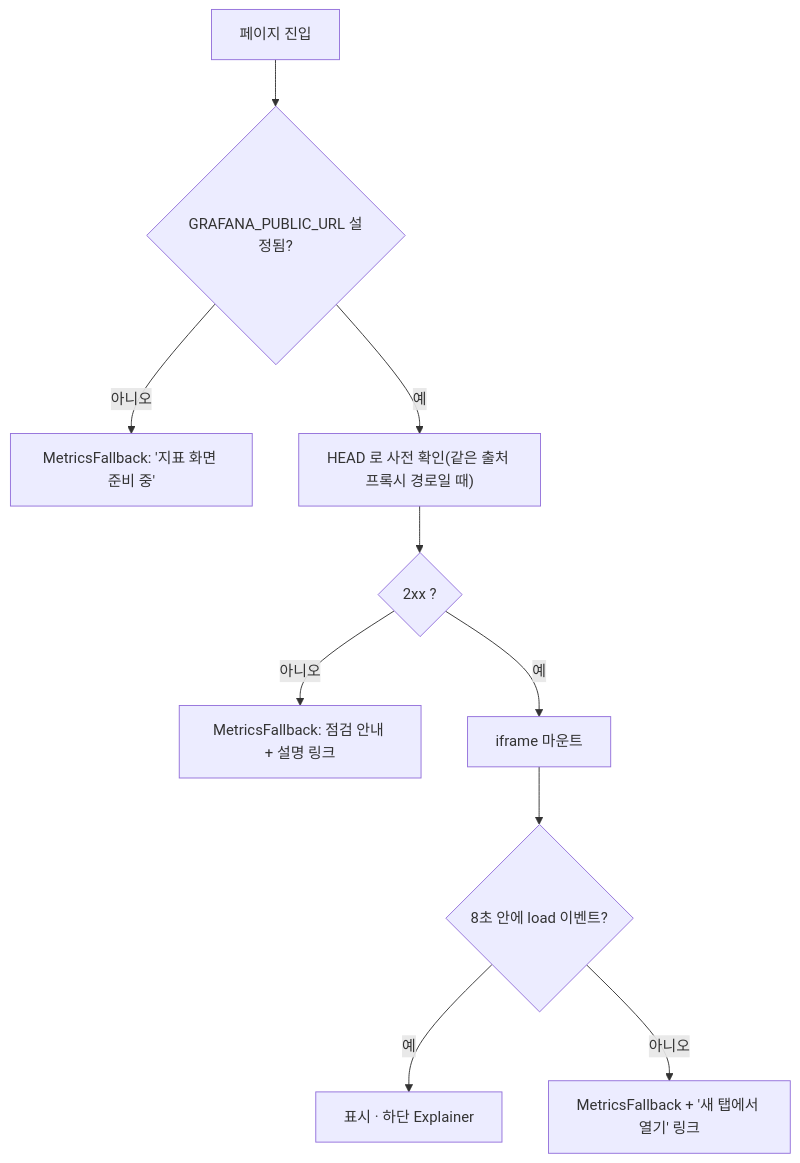
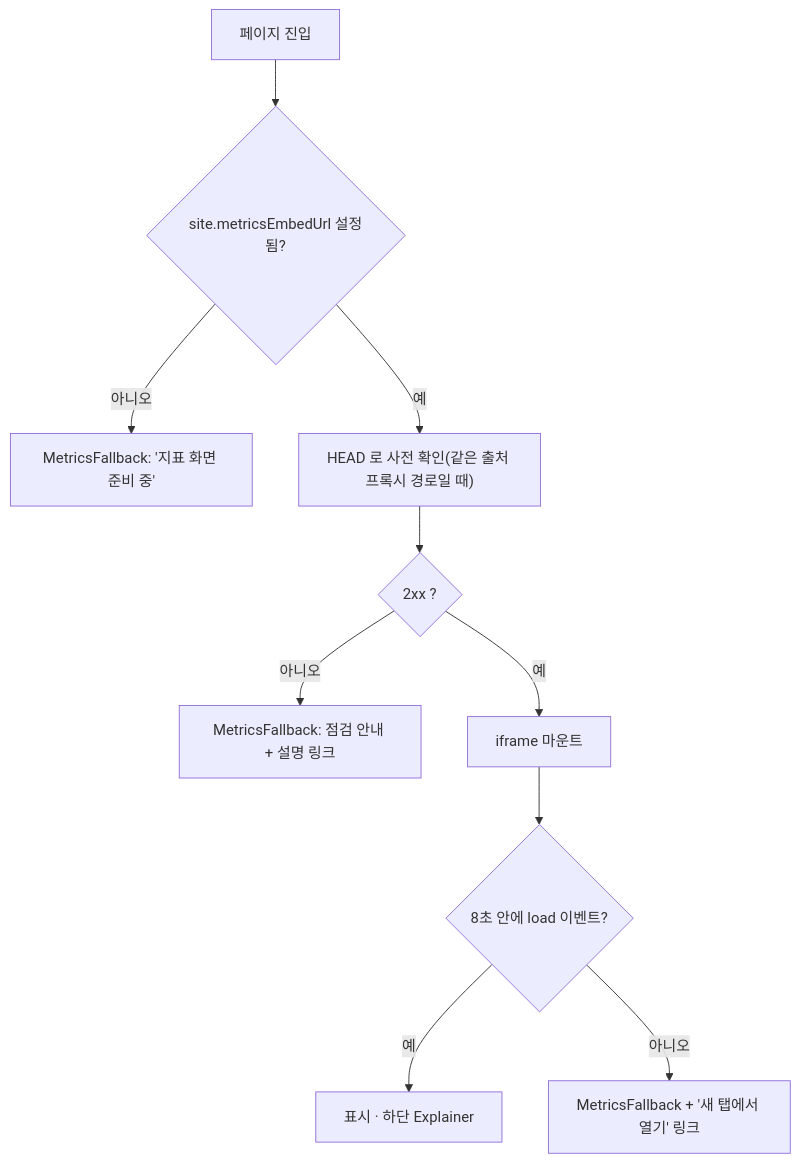
Diagram 27 of 43 in docs/design/features/15-web.md (1985jwlee/portpolio_backend), drawn with Mermaid before and after one commit. The commit also changed other lines of this file and 33 other files, not shown here.

````diff
--- a/docs/design/features/15-web.md
+++ b/docs/design/features/15-web.md
@@ -1044,12 +1047,12 @@
 ```mermaid
 flowchart TD
-    M["페이지 진입"] --> CFG{"GRAFANA_PUBLIC_URL 설정됨?"}
+    M["페이지 진입"] --> CFG{"site.metricsEmbedUrl 설정됨?"}
     CFG -- "아니오" --> FB1["MetricsFallback: '지표 화면 준비 중'"]
     CFG -- "예" --> PRB["HEAD 로 사전 확인(같은 출처 프록시 경로일 때)"]
     PRB --> OK{"2xx ?"}
     OK -- "아니오" --> FB2["MetricsFallback: 점검 안내 + 설명 링크"]
     OK -- "예" --> MNT["iframe 마운트"]
     MNT --> T{"8초 안에 load 이벤트?"}
     T -- "예" --> SHOW["표시 · 하단 Explainer"]
     T -- "아니오" --> FB3["MetricsFallback + '새 탭에서 열기' 링크"]
 ```
````
